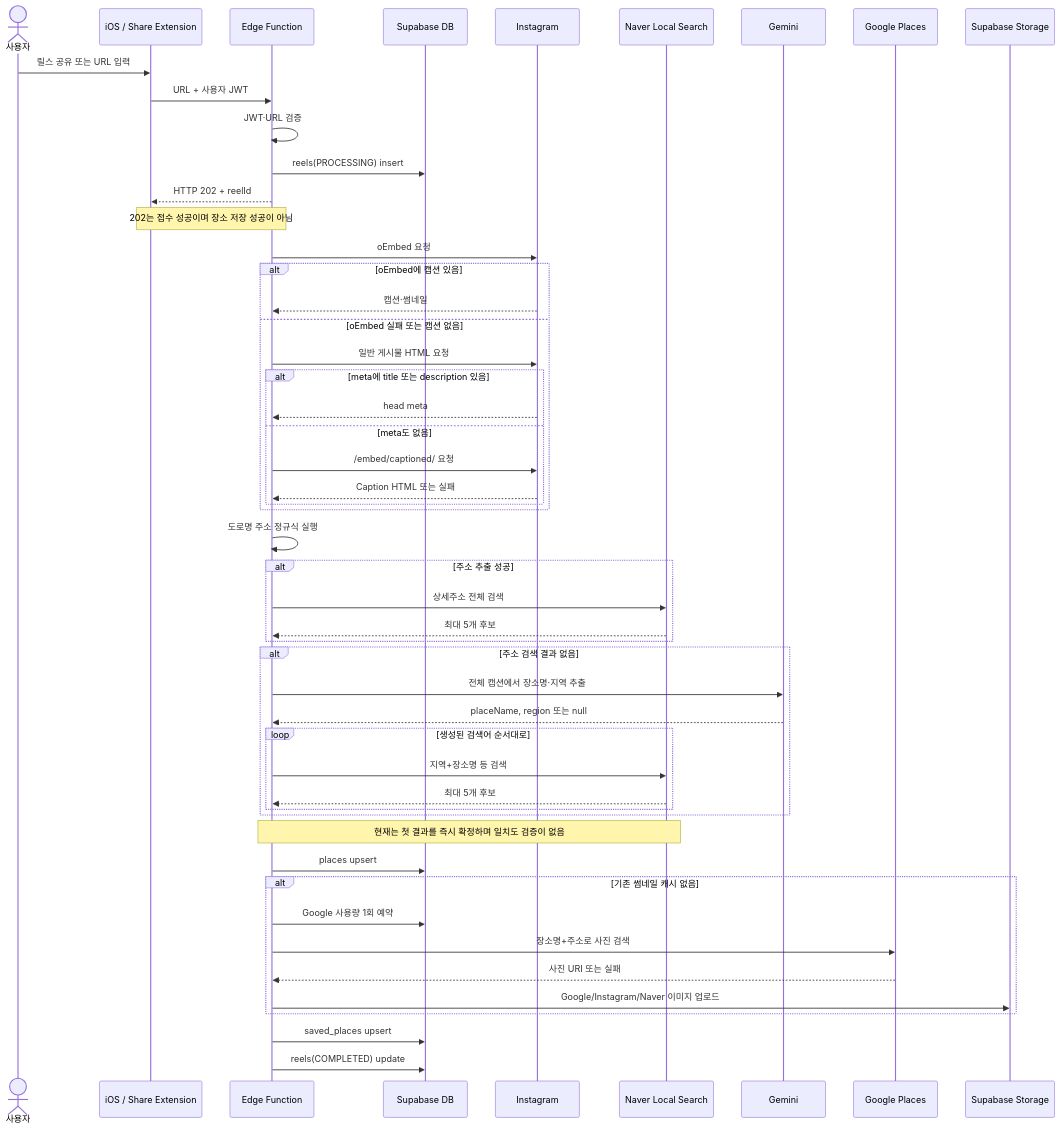
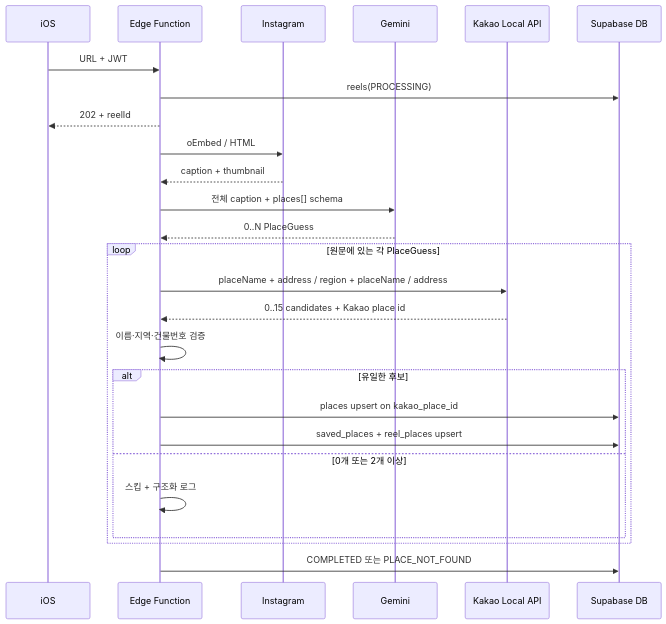
Before and after one commit to Jiihyun/yeogidam: the second of 2 diagrams in docs/mvp-place-matching-release-report.md, drawn with Mermaid. The commit also changed other lines of this file and 23 other files, not shown here.

Commit message:
feat: use Kakao place IDs for reel matching

````diff
--- a/docs/mvp-place-matching-release-report.md
+++ b/docs/mvp-place-matching-release-report.md
@@ -119,60 +61,29 @@
 ```mermaid
 sequenceDiagram
-    actor User as 사용자
-    participant App as iOS / Share Extension
+    participant App as iOS
     participant Fn as Edge Function
+    participant IG as Instagram
+    participant AI as Gemini
+    participant K as Kakao Local API
     participant DB as Supabase DB
-    participant IG as Instagram
-    participant NV as Naver Local Search
-    participant AI as Gemini
-    participant GP as Google Places
-    participant ST as Supabase Storage
 
-    User->>App: 릴스 공유 또는 URL 입력
-    App->>Fn: URL + 사용자 JWT
-    Fn->>Fn: JWT·URL 검증
-    Fn->>DB: reels(PROCESSING) insert
-    Fn-->>App: HTTP 202 + reelId
-    Note over App,Fn: 202는 접수 성공이며 장소 저장 성공이 아님
-
-    Fn->>IG: oEmbed 요청
-    alt oEmbed에 캡션 있음
-        IG-->>Fn: 캡션·썸네일
-    else oEmbed 실패 또는 캡션 없음
-        Fn->>IG: 일반 게시물 HTML 요청
-        alt meta에 title 또는 description 있음
-            IG-->>Fn: head meta
-        else meta도 없음
-            Fn->>IG: /embed/captioned/ 요청
-            IG-->>Fn: Caption HTML 또는 실패
+    App->>Fn: URL + JWT
+    Fn->>DB: reels(PROCESSING)
+    Fn-->>App: 202 + reelId
+    Fn->>IG: oEmbed / HTML
+    IG-->>Fn: caption + thumbnail
+    Fn->>AI: 전체 caption + places[] schema
+    AI-->>Fn: 0..N PlaceGuess
+    loop 원문에 있는 각 PlaceGuess
+        Fn->>K: placeName + address / region + placeName / address
+        K-->>Fn: 0..15 candidates + Kakao place id
+        Fn->>Fn: 이름·지역·건물번호 검증
+        alt 유일한 후보
+            Fn->>DB: places upsert on kakao_place_id
+            Fn->>DB: saved_places + reel_places upsert
+        else 0개 또는 2개 이상
+            Fn->>Fn: 스킵 + 구조화 로그
         end
     end
-
-    Fn->>Fn: 도로명 주소 정규식 실행
-    alt 주소 추출 성공
-        Fn->>NV: 상세주소 전체 검색
-        NV-->>Fn: 최대 5개 후보
-    end
-
-    alt 주소 검색 결과 없음
-        Fn->>AI: 전체 캡션에서 장소명·지역 추출
-        AI-->>Fn: placeName, region 또는 null
-        loop 생성된 검색어 순서대로
-            Fn->>NV: 지역+장소명 등 검색
-            NV-->>Fn: 최대 5개 후보
-        end
-    end
-
-    Note over Fn,NV: 현재는 첫 결과를 즉시 확정하며 일치도 검증이 없음
-    Fn->>DB: places upsert
-
-    alt 기존 썸네일 캐시 없음
-        Fn->>DB: Google 사용량 1회 예약
-        Fn->>GP: 장소명+주소로 사진 검색
-        GP-->>Fn: 사진 URI 또는 실패
-        Fn->>ST: Google/Instagram/Naver 이미지 업로드
-    end
-
-    Fn->>DB: saved_places upsert
-    Fn->>DB: reels(COMPLETED) update
+    Fn->>DB: COMPLETED 또는 PLACE_NOT_FOUND
 ```
````
